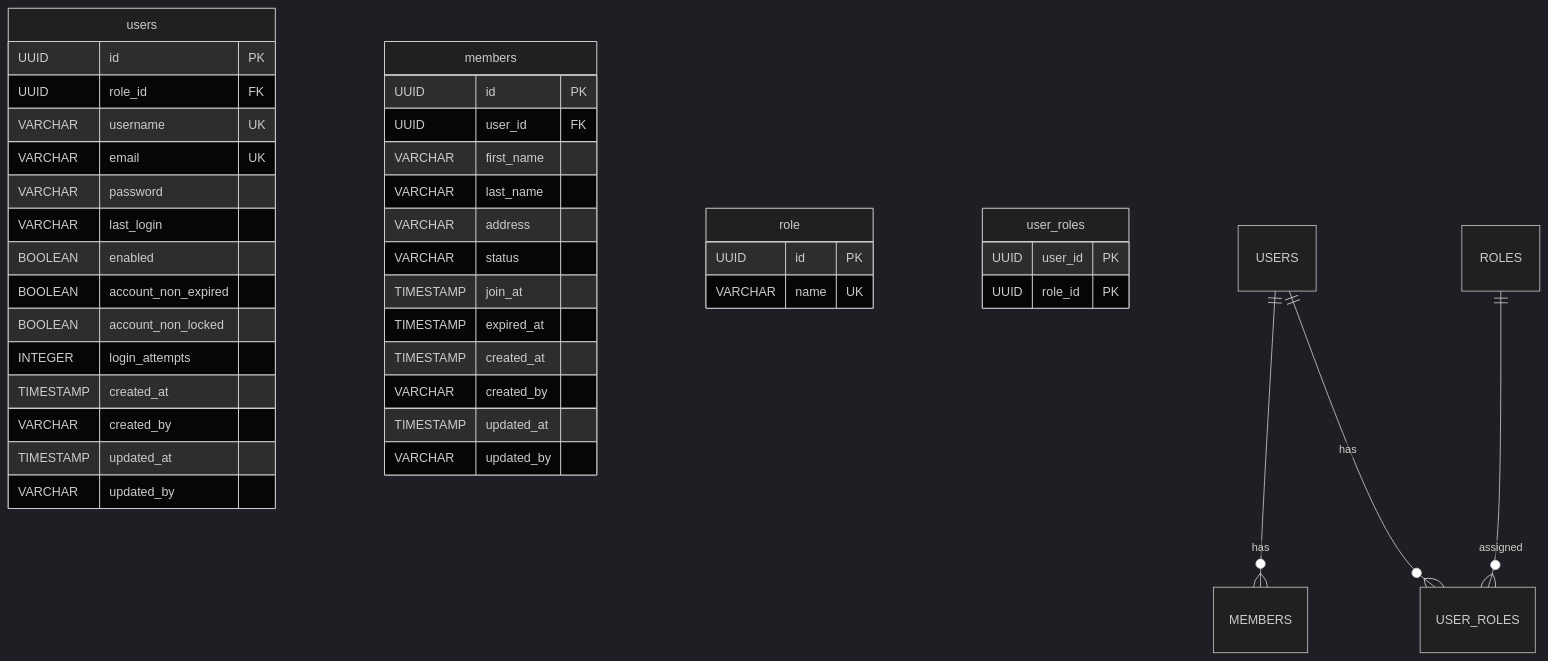
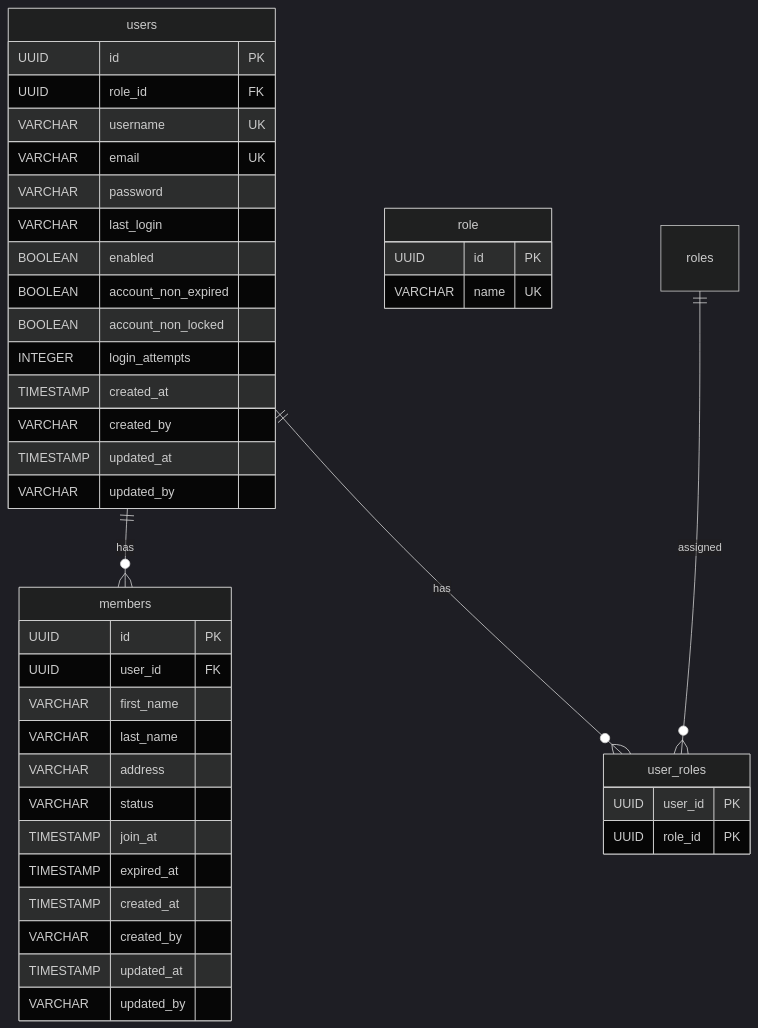
Before and after one commit to iffatlathoif/aplikazi: the diagram in README.md, drawn with Mermaid (dark theme).

Commit message:
docs(readme): menambah erd untuk user, member dan role

````diff
--- a/README.md
+++ b/README.md
@@ -92,49 +92,48 @@
 ```mermaid
 erDiagram
     users {
         UUID id PK
         UUID role_id FK
         VARCHAR username UK
         VARCHAR email UK        
         VARCHAR password
         VARCHAR last_login
         BOOLEAN enabled
         BOOLEAN account_non_expired
         BOOLEAN account_non_locked
         INTEGER login_attempts
         TIMESTAMP created_at
         VARCHAR created_by
         TIMESTAMP updated_at
         VARCHAR updated_by
     }
 
     members {
         UUID id PK
         UUID user_id FK
         VARCHAR first_name
         VARCHAR last_name
         VARCHAR address
         VARCHAR status
         TIMESTAMP join_at
         TIMESTAMP expired_at
         TIMESTAMP created_at
         VARCHAR created_by
         TIMESTAMP updated_at
         VARCHAR updated_by
     }
     
     role {
         UUID id PK
         VARCHAR name UK
     }
 
     user_roles {
         UUID user_id PK
         UUID role_id PK        
     }    
 
-    %% Relasi
-    USERS ||--o{ MEMBERS : has
-    USERS ||--o{ USER_ROLES : has
-    ROLES ||--o{ USER_ROLES : assigned
+    users ||--o{ members : has
+    users ||--o{ user_roles : has
+    roles ||--o{ user_roles : assigned
 ```
````
